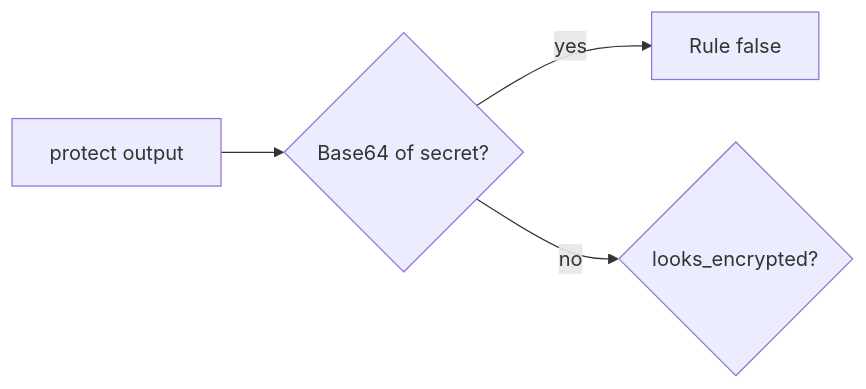
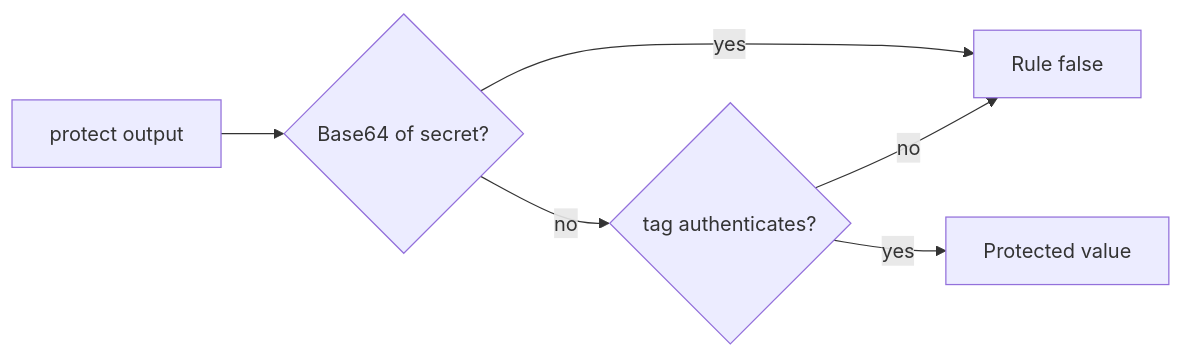
The second of 2 diagrams in content/modules/5/5.2/lessons/02-model.md (ishitvagoel/LearnSecurity), drawn with Mermaid before and after one commit. The commit also changed other lines of this file and 86 other files, not shown here.

````diff
--- a/content/modules/5/5.2/lessons/02-model.md
+++ b/content/modules/5/5.2/lessons/02-model.md
@@ -28,6 +28,8 @@
 ```mermaid
 flowchart LR
   Out[protect output] --> B64{Base64 of secret?}
   B64 -->|yes| Fail[Rule false]
-  B64 -->|no| Flag{looks_encrypted?}
+  B64 -->|no| Auth{tag authenticates?}
+  Auth -->|no| Fail
+  Auth -->|yes| Allow[Protected value]
 ```
````
